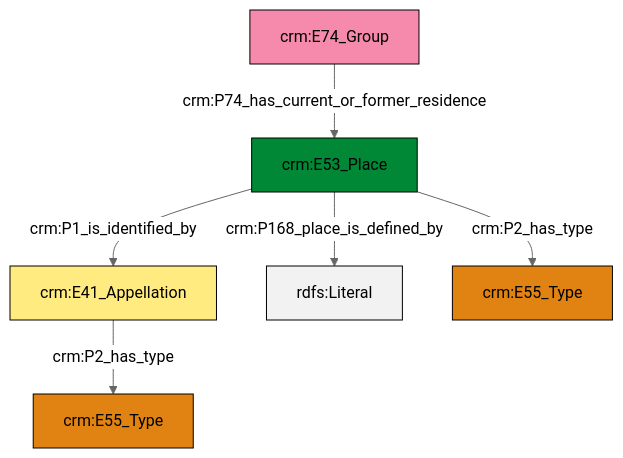
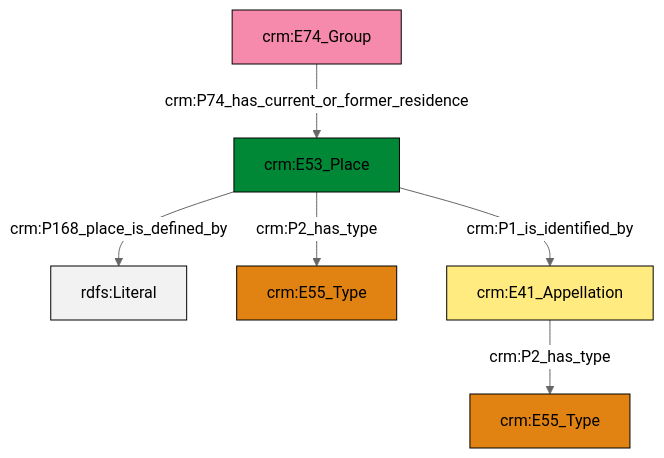
The diagram in et/groupCSV/ttl/mmd/group_location.ttl.mmd (swiss-art-research-net/docs.swissartresearch), drawn with Mermaid (neutral theme) before and after one commit. The commit also changed 128 other files, not shown here.

```diff
--- a/et/groupCSV/ttl/mmd/group_location.ttl.mmd
+++ b/et/groupCSV/ttl/mmd/group_location.ttl.mmd
@@ -1,20 +1,20 @@
 graph TD
 classDef Literal fill:#f2f2f2,stroke:#000000;
 classDef CRM_Entity fill:#FFFFFF,stroke:#000000;
 classDef Temporal_Entity fill:#00C9E6, stroke:#000000;
 classDef Type fill:#E18312, stroke:#000000;
 classDef Time-Span fill:#2C9C91, stroke:#000000;
 classDef Appellation fill:#FFEB7F, stroke:#000000;
 classDef Place fill:#008836, stroke:#000000;
 classDef Persistent_Item fill:#B266B2, stroke:#000000;
 classDef Conceptual_Object fill:#FFD700, stroke:#000000;
 classDef Physical_Thing fill:#D2B48C, stroke:#000000;
 classDef Actor fill:#f58aad, stroke:#000000;
 classDef PC_Classes fill:#4ce600, stroke:#000000;
 classDef Multi fill:#cccccc,stroke:#000000;
 
-0["crm:E53_Place"]:::Place -->|crm:P1_is_identified_by| 1["crm:E41_Appellation"]:::Appellation
-1["crm:E41_Appellation"]:::Appellation -->|crm:P2_has_type| 4["crm:E55_Type"]:::Type
-0["crm:E53_Place"]:::Place -->|crm:P168_place_is_defined_by| 5[rdfs:Literal]:::Literal
-7["crm:E74_Group"]:::Actor -->|crm:P74_has_current_or_former_residence| 0["crm:E53_Place"]:::Place
-0["crm:E53_Place"]:::Place -->|crm:P2_has_type| 10["crm:E55_Type"]:::Type
+0["crm:E53_Place"]:::Place -->|crm:P168_place_is_defined_by| 1[rdfs:Literal]:::Literal
+0["crm:E53_Place"]:::Place -->|crm:P2_has_type| 2["crm:E55_Type"]:::Type
+4["crm:E74_Group"]:::Actor -->|crm:P74_has_current_or_former_residence| 0["crm:E53_Place"]:::Place
+9["crm:E41_Appellation"]:::Appellation -->|crm:P2_has_type| 7["crm:E55_Type"]:::Type
+0["crm:E53_Place"]:::Place -->|crm:P1_is_identified_by| 9["crm:E41_Appellation"]:::Appellation
```
